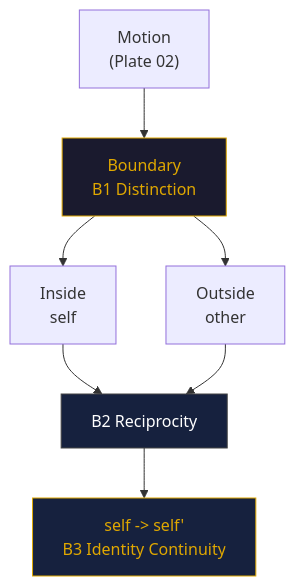
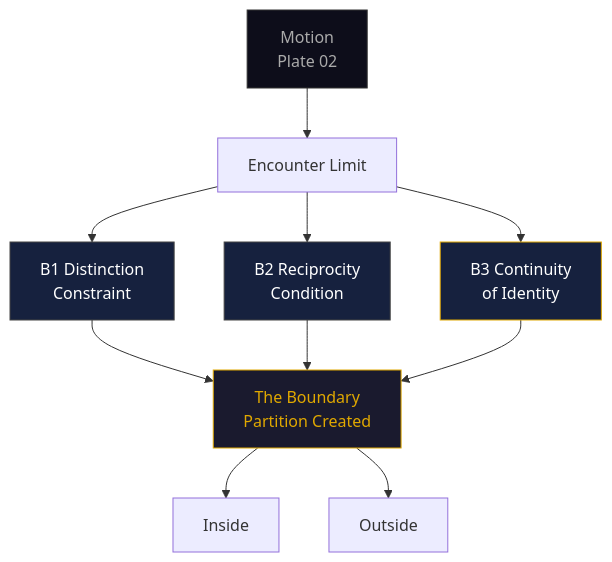
The diagram in docs/diagrams/Plate-03-First-Boundary.mmd (Hydrogenesi/phoenix-quantumonix), drawn with Mermaid before and after one commit. The commit also changed 2 other files, not shown here.

Commit message:
Comprehensive session update: Plates 02-07, diagrams, integration docs, and PDF builder enhancements

```diff
--- a/docs/diagrams/Plate-03-First-Boundary.mmd
+++ b/docs/diagrams/Plate-03-First-Boundary.mmd
@@ -1,18 +1,30 @@
 graph TD
-    MOTION["Motion\n(Plate 02)"]
-    BOUND["Boundary\nB1 Distinction"]
-    INSIDE["Inside\nself"]
-    OUTSIDE["Outside\nother"]
-    RECIP["B2 Reciprocity"]
-    CROSS["self -> self'\nB3 Identity Continuity"]
+    MOTION["Motion
+Plate 02"]
+    LIMIT["Encounter Limit"]
+    B1["B1 Distinction
+Constraint"]
+    B2["B2 Reciprocity
+Condition"]
+    B3["B3 Continuity
+of Identity"]
+    BOUNDARY["The Boundary
+Partition Created"]
+    INSIDE["Inside"]
+    OUTSIDE["Outside"]
 
-    MOTION --> BOUND
-    BOUND --> INSIDE
-    BOUND --> OUTSIDE
-    INSIDE --> RECIP
-    OUTSIDE --> RECIP
-    RECIP --> CROSS
+    MOTION --> LIMIT
+    LIMIT --> B1
+    LIMIT --> B2
+    LIMIT --> B3
+    B1 --> BOUNDARY
+    B2 --> BOUNDARY
+    B3 --> BOUNDARY
+    BOUNDARY --> INSIDE
+    BOUNDARY --> OUTSIDE
 
-    style BOUND fill:#1a1a2e,color:#e0a800,stroke:#e0a800
-    style RECIP fill:#16213e,color:#fff,stroke:#444
-    style CROSS fill:#16213e,color:#e0a800,stroke:#e0a800
+    style BOUNDARY fill:#1a1a2e,color:#e0a800,stroke:#e0a800
+    style B1 fill:#16213e,color:#fff,stroke:#444
+    style B2 fill:#16213e,color:#fff,stroke:#444
+    style B3 fill:#16213e,color:#fff,stroke:#e0a800
+    style MOTION fill:#0d0d1a,color:#aaa,stroke:#333
```
